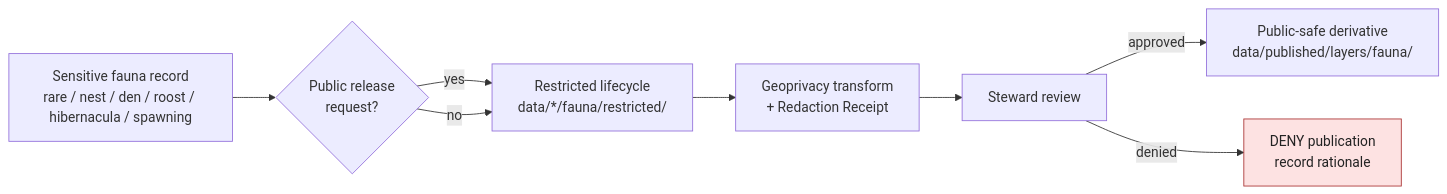
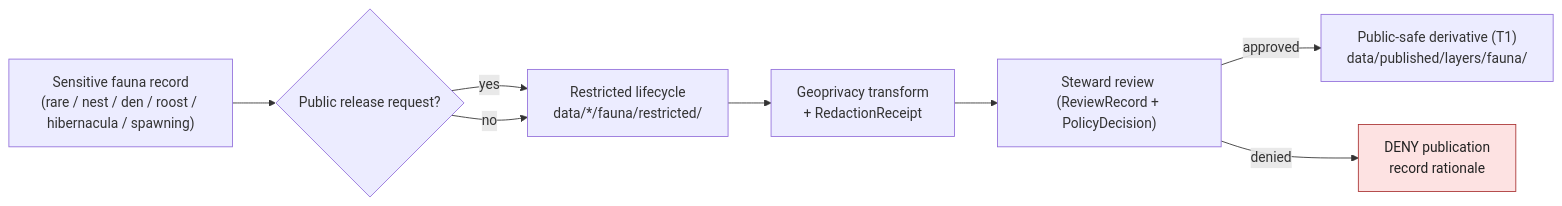
One commit to bartytime4life/Kansas-Frontier-Matrix changed the first of 2 diagrams in docs/domains/fauna/FILE_SYSTEM_PLAN.md. Above: the diagram before and after it, drawn with Mermaid. The commit also changed other lines of this file, not shown here.

````diff
--- a/docs/domains/fauna/FILE_SYSTEM_PLAN.md
+++ b/docs/domains/fauna/FILE_SYSTEM_PLAN.md
@@ -107,12 +117,12 @@
 ```mermaid
 flowchart LR
-  S[Sensitive fauna record\nrare / nest / den / roost / hibernacula / spawning] --> Q{Public release\nrequest?}
-  Q -- yes --> R[Restricted lifecycle\ndata/*/fauna/restricted/]
-  R --> T[Geoprivacy transform\n+ Redaction Receipt]
-  T --> ST[Steward review]
-  ST -->|approved| PSD[Public-safe derivative\ndata/published/layers/fauna/]
-  ST -->|denied| DENY[DENY publication\nrecord rationale]
-  Q -- no --> R
+  S["Sensitive fauna record<br/>(rare / nest / den / roost / hibernacula / spawning)"] --> Q{"Public release request?"}
+  Q -- "yes" --> R["Restricted lifecycle<br/>data/*/fauna/restricted/"]
+  R --> T["Geoprivacy transform<br/>+ RedactionReceipt"]
+  T --> ST["Steward review (ReviewRecord + PolicyDecision)"]
+  ST -->|"approved"| PSD["Public-safe derivative (T1)<br/>data/published/layers/fauna/"]
+  ST -->|"denied"| DENY["DENY publication<br/>record rationale"]
+  Q -- "no" --> R
   classDef warn fill:#fde2e2,stroke:#a33,color:#222;
   class DENY warn;
 ```
````
